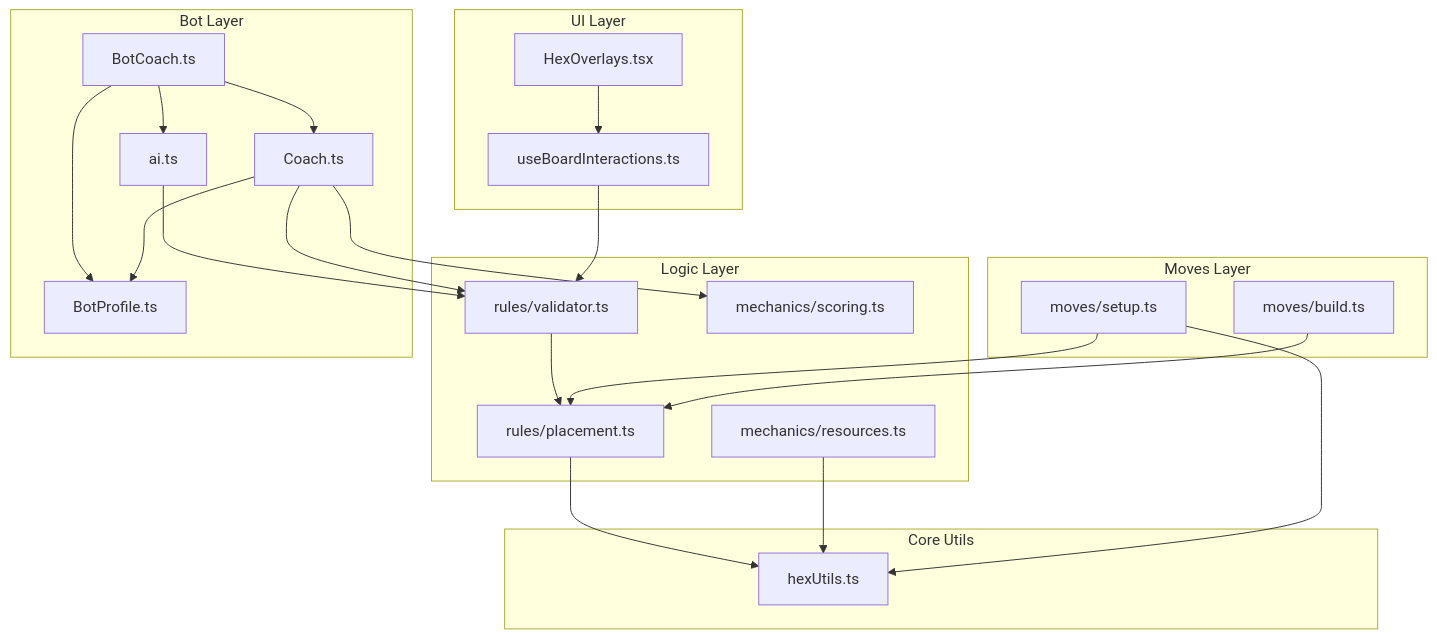
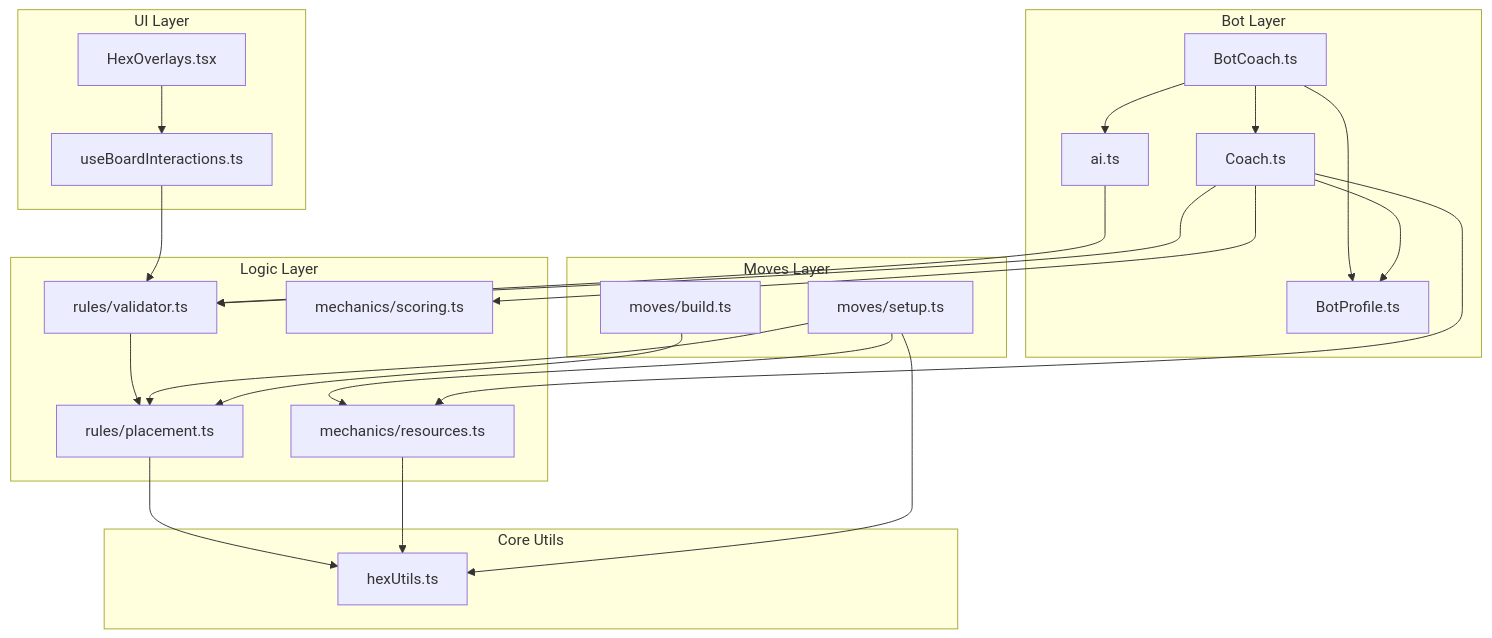
Before and after one commit to g1ddy/catan-hex-mastery: the diagram in REFACTOR_PLAN.md, drawn with Mermaid.

Commit message:
Refactor Coach advice strings and centralize validation

````diff
--- a/REFACTOR_PLAN.md
+++ b/REFACTOR_PLAN.md
@@ -89,48 +89,50 @@
 ```mermaid
 graph TD
     subgraph UI Layer
         HO[HexOverlays.tsx]
         UBI[useBoardInteractions.ts]
     end
 
     subgraph Moves Layer
         Setup[moves/setup.ts]
         Build[moves/build.ts]
     end
 
     subgraph Logic Layer
         V[rules/validator.ts]
         P[rules/placement.ts]
         S[mechanics/scoring.ts]
         R[mechanics/resources.ts]
     end
 
     subgraph Bot Layer
         BC[BotCoach.ts]
         C[Coach.ts]
         BP[BotProfile.ts]
         AI[ai.ts]
     end
 
     subgraph Core Utils
         HU[hexUtils.ts]
     end
 
     HO --> UBI
     UBI --> V
     V --> P
     P --> HU
     R --> HU
     Setup --> P
     Setup --> HU
+    Setup --> R
     Build --> P
 
     AI --> V
     BC --> C
     BC --> AI
     BC --> BP
 
     C --> V
     C --> S
     C --> BP
+    C --> R
 ```
````
